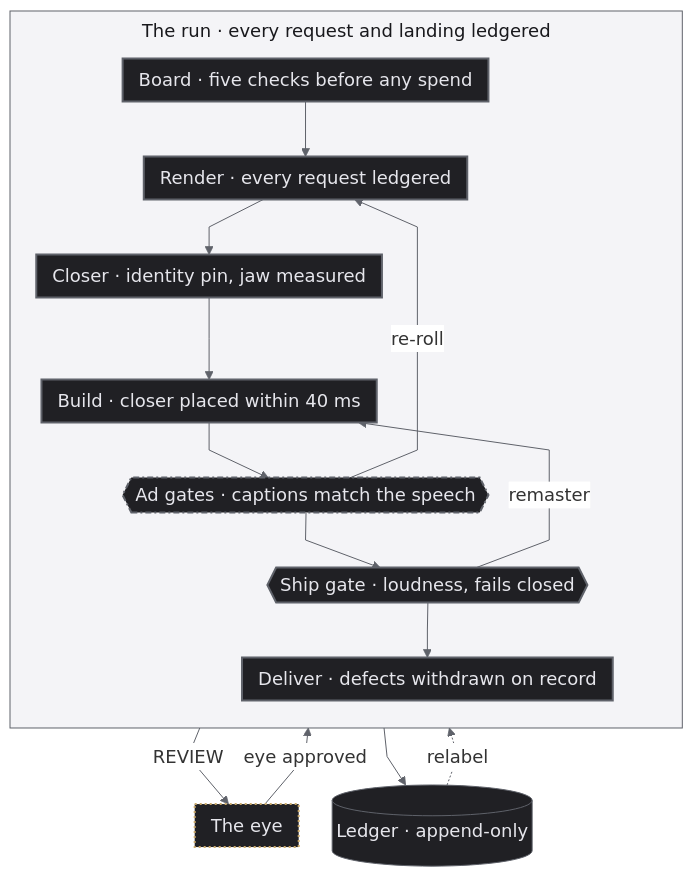
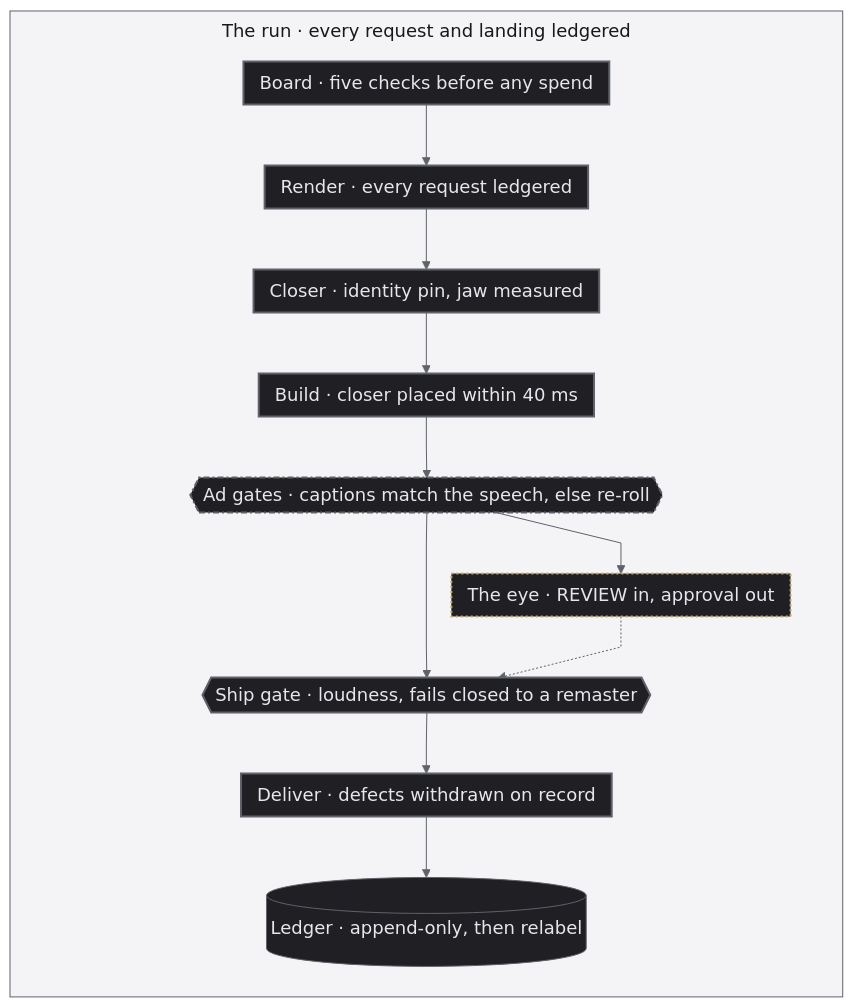
One commit to jameswniu/ad-creative-pipeline-multimodal-evals changed the diagram in README.md. Above: the diagram before and after it, drawn with Mermaid. The commit also changed other lines of this file and 1 other file, not shown here.

Commit message:
Straighten the loop graph into one column, the fail paths on the gates and the eye beside them

````diff
--- a/README.md
+++ b/README.md
@@ -321,31 +321,30 @@
 ```mermaid
-%%{init: {'flowchart': {'curve': 'linear', 'nodeSpacing': 20, 'rankSpacing': 30, 'padding': 8, 'diagramPadding': 4, 'wrappingWidth': 520, 'subGraphTitleMargin': {'top': 6, 'bottom': 14}}, 'themeVariables': {'fontSize': '18px', 'lineColor': '#5f626a', 'edgeLabelBackground': '#ffffff', 'clusterBkg': '#f4f4f7', 'clusterBorder': '#5f626a', 'titleColor': '#18181c'}}}%%
+%%{init: {'flowchart': {'curve': 'linear', 'nodeSpacing': 30, 'rankSpacing': 36, 'padding': 8, 'diagramPadding': 4, 'wrappingWidth': 520, 'subGraphTitleMargin': {'top': 6, 'bottom': 14}}, 'themeVariables': {'fontSize': '18px', 'lineColor': '#5f626a', 'edgeLabelBackground': '#ffffff', 'clusterBkg': '#f4f4f7', 'clusterBorder': '#5f626a', 'titleColor': '#18181c'}}}%%
 flowchart TD
     subgraph RUN["The run · every request and landing ledgered"]
         direction TB
-        B["Board · five checks before any spend"] --> R["Render · every request ledgered"] --> C["Closer · identity pin, jaw measured"] --> BU["Build · closer placed within 40 ms"] --> AG{{"Ad gates · captions match the speech"}} --> SG{{"Ship gate · loudness, fails closed"}} --> D["Deliver · defects withdrawn on record"]
+        AG{{"Ad gates · captions match the speech, else re-roll"}}
+        %% GH is an invisible twin of the eye, it balances the spine so the steps stay in one column
+        AG ~~~ GH["The eye · REVIEW in, approval out"]
+        GH ~~~ SG
+        B["Board · five checks before any spend"] --> R["Render · every request ledgered"] --> C["Closer · identity pin, jaw measured"] --> BU["Build · closer placed within 40 ms"] --> AG --> SG{{"Ship gate · loudness, fails closed to a remaster"}} --> D["Deliver · defects withdrawn on record"]
+        D --> L[("Ledger · append-only, then relabel")]
+        AG --> EYE["The eye · REVIEW in, approval out"]
+        EYE -.-> SG
     end
-
-    EYE["The eye"]
-    L[("Ledger · append-only")]
-
-    AG -->|"re-roll"| R
-    SG -->|"remaster"| BU
-    EYE -->|"eye approved"| SG
-    AG -->|"REVIEW"| EYE
-    D --> L
-    L -.->|"relabel"| B
 
     classDef run fill:#202024,stroke:#5f626a,color:#e6e6ec
     classDef process fill:#202024,stroke:#5f626a,stroke-width:2px,color:#e6e6ec
     classDef outcome fill:#202024,stroke:#5f626a,stroke-width:2px,stroke-dasharray:6 3,color:#e6e6ec
     classDef quality fill:#202024,stroke:#c9a86a,stroke-width:2px,stroke-dasharray:2 3,color:#e6e6ec
     classDef shared fill:#202024,stroke:#5f626a,stroke-width:2px,stroke-dasharray:6 3 2 3,color:#e6e6ec
+    classDef ghost fill:none,stroke:none,color:transparent
     class L run
     class B,R,C,BU,SG,D process
     class AG outcome
     class AG quality
     class AG shared
     class EYE quality
+    class GH ghost
     style RUN fill:#f4f4f7,stroke:#5f626a,color:#18181c
 ```
````
